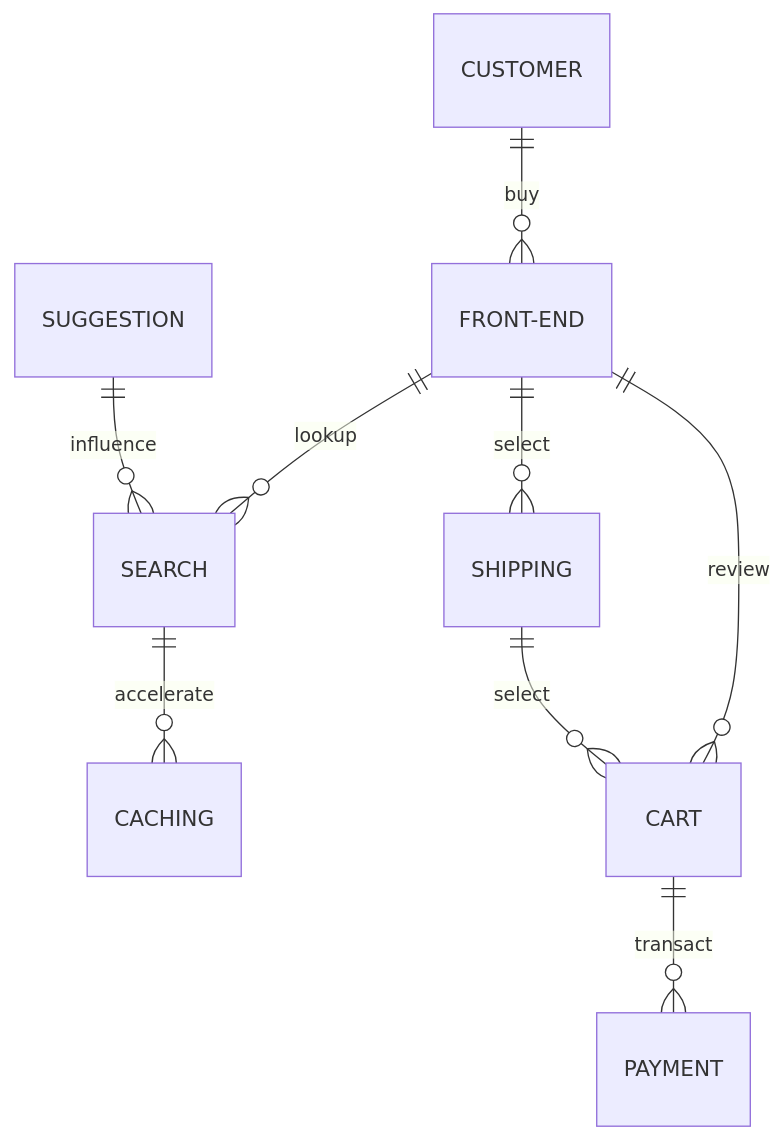
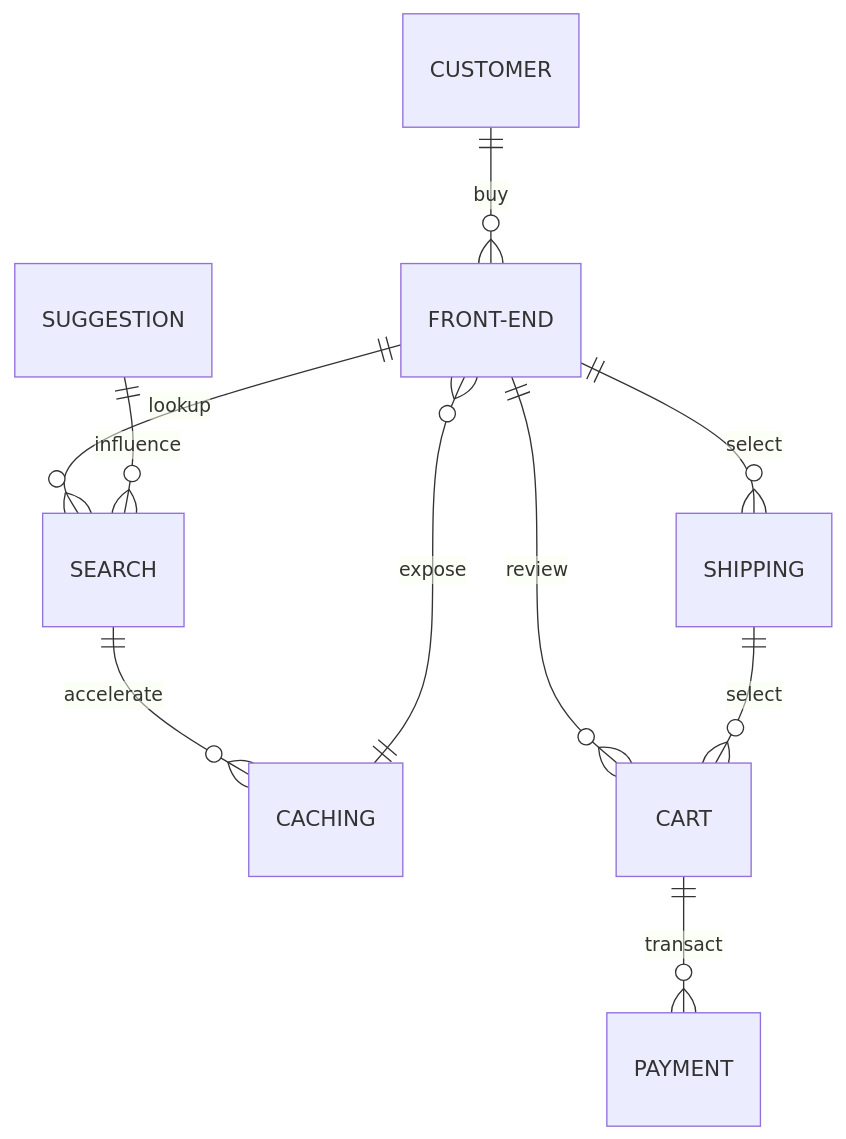
The second of 2 diagrams in docs/concepts.md (beezy-cloud/project-pancake), drawn with Mermaid before and after one commit.

````diff
--- a/docs/concepts.md
+++ b/docs/concepts.md
@@ -62,11 +62,12 @@
 ```mermaid
    erDiagram
    CUSTOMER ||--o{ FRONT-END : buy
    FRONT-END ||--o{ SEARCH : lookup
    SUGGESTION ||--o{ SEARCH : influence
    SEARCH ||--o{ CACHING : accelerate
+   CACHING ||--o{ FRONT-END: expose
    FRONT-END ||--o{ CART : review
    FRONT-END ||--o{ SHIPPING : select
    SHIPPING ||--o{ CART : select
    CART ||--o{ PAYMENT : transact
 ```
````
